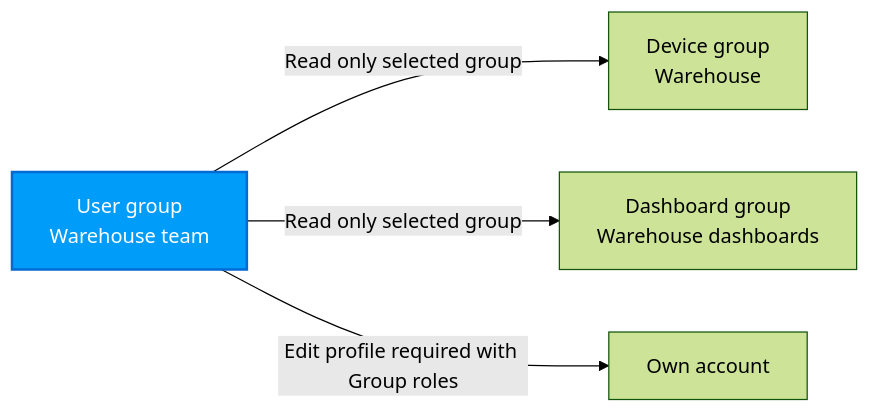
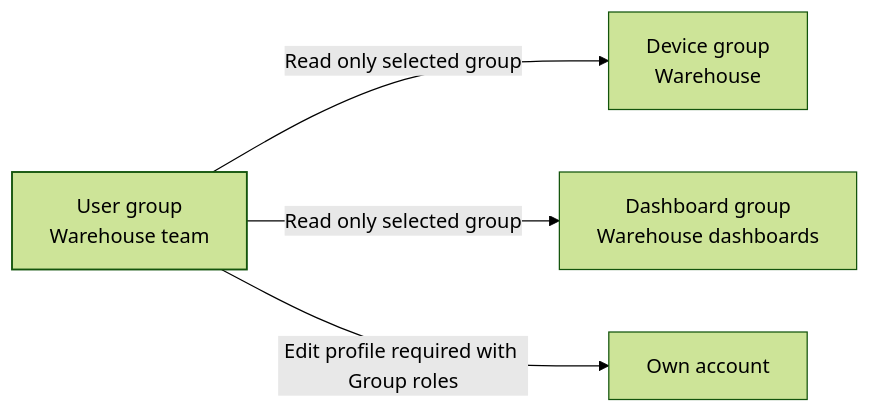
Before and after one commit to hardwario/website-hardwario-docs: the diagram in apps/thingsboard/users-managing.md, drawn with Mermaid (forest theme). The commit also changed 22 other files, not shown here.

First line of the commit message:
Brand: Mermaid block-diagram style, tagline and footer labels

````diff
--- a/apps/thingsboard/users-managing.md
+++ b/apps/thingsboard/users-managing.md
@@ -26,8 +26,8 @@
 ```mermaid
 flowchart LR
   U[User group<br/>Warehouse team] -->|Read only selected group| D[Device group<br/>Warehouse]
   U -->|Read only selected group| DB[Dashboard group<br/>Warehouse dashboards]
   U -->|Edit profile required with Group roles| P[Own account]
-  classDef hero fill:#009cfa,stroke:#016ad4,stroke-width:2px,color:#ffffff;
+  classDef hero stroke-width:1.5px;
   class U hero;
 ```
````
